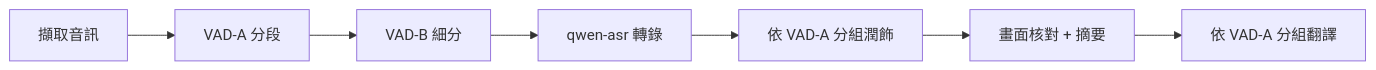
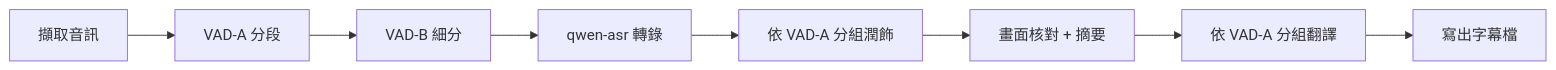
Before and after one commit to lanyitin/runline: the second of 2 diagrams in docs/stable/transcribe-pipeline/README.md, drawn with Mermaid. The commit also changed other lines of this file and 21 other files, not shown here.

````diff
--- a/docs/stable/transcribe-pipeline/README.md
+++ b/docs/stable/transcribe-pipeline/README.md
@@ -41,5 +43,5 @@
 ```mermaid
 flowchart LR
   A[擷取音訊] --> B[VAD-A 分段] --> C[VAD-B 細分] --> D[qwen-asr 轉錄]
-  D --> E[依 VAD-A 分組潤飾] --> F[畫面核對 + 摘要] --> G[依 VAD-A 分組翻譯]
+  D --> E[依 VAD-A 分組潤飾] --> F[畫面核對 + 摘要] --> G[依 VAD-A 分組翻譯] --> H[寫出字幕檔]
 ```
````
